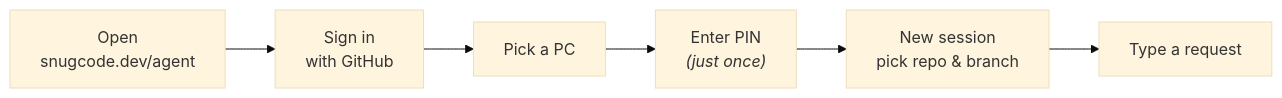
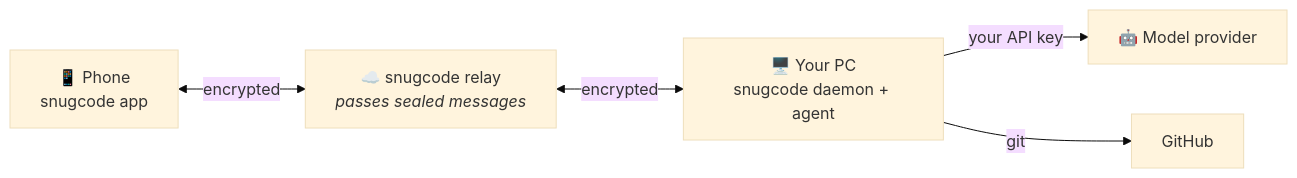
The diagram in README.md (arfakaisar/snugcode), drawn with Mermaid (base theme) before and after one commit. The commit also changed other lines of this file and 20 other files, not shown here.

First line of the commit message:
chore!: open client, hosted relay; relicense to AGPL-3.0

````diff
--- a/README.md
+++ b/README.md
@@ -445,8 +179,7 @@
 ```mermaid
 flowchart LR
-    A["Open<br/>snugcode.dev/agent"] --> B["Sign in<br/>with GitHub"]
-    B --> C["Pick a PC"]
-    C --> D["Enter PIN<br/><i>(just once)</i>"]
-    D --> E["New session<br/>pick repo & branch"]
-    E --> F["Type a request"]
+    P["📱 Phone<br/>snugcode app"] <-- "encrypted" --> R["☁️ snugcode relay<br/><i>passes sealed messages</i>"]
+    R <-- "encrypted" --> D["🖥️ Your PC<br/>snugcode daemon + agent"]
+    D -- "your API key" --> M["🤖 Model provider"]
+    D -- "git" --> G["GitHub"]
 ```
````
